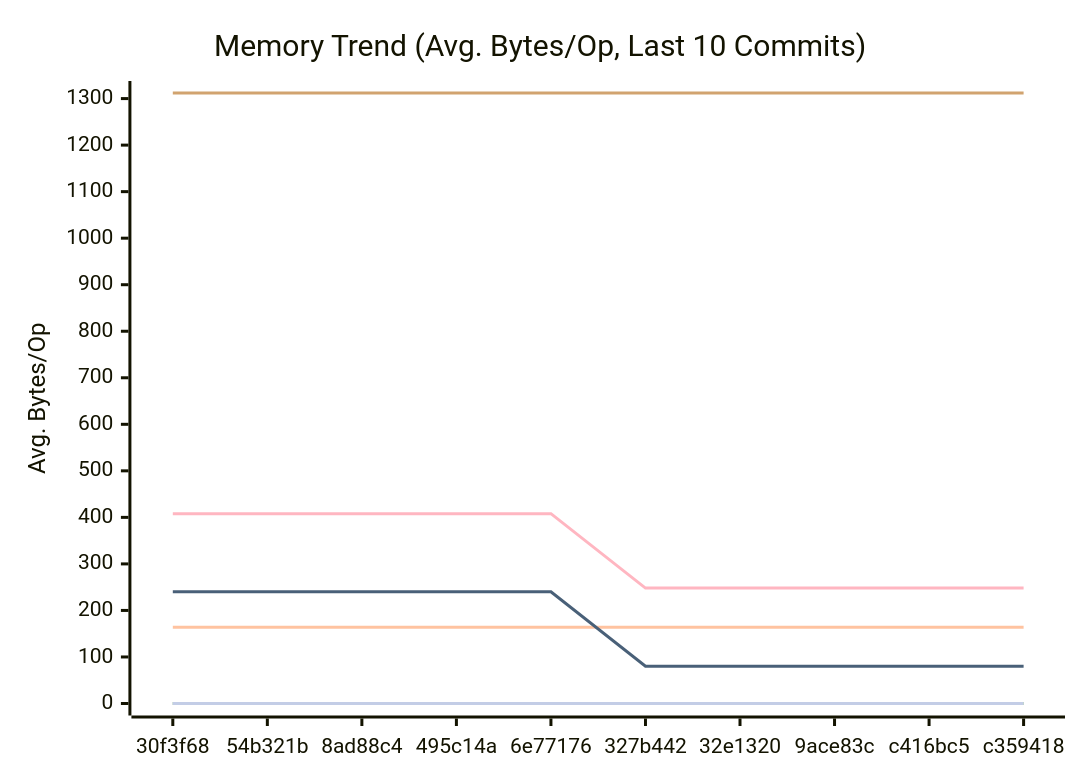
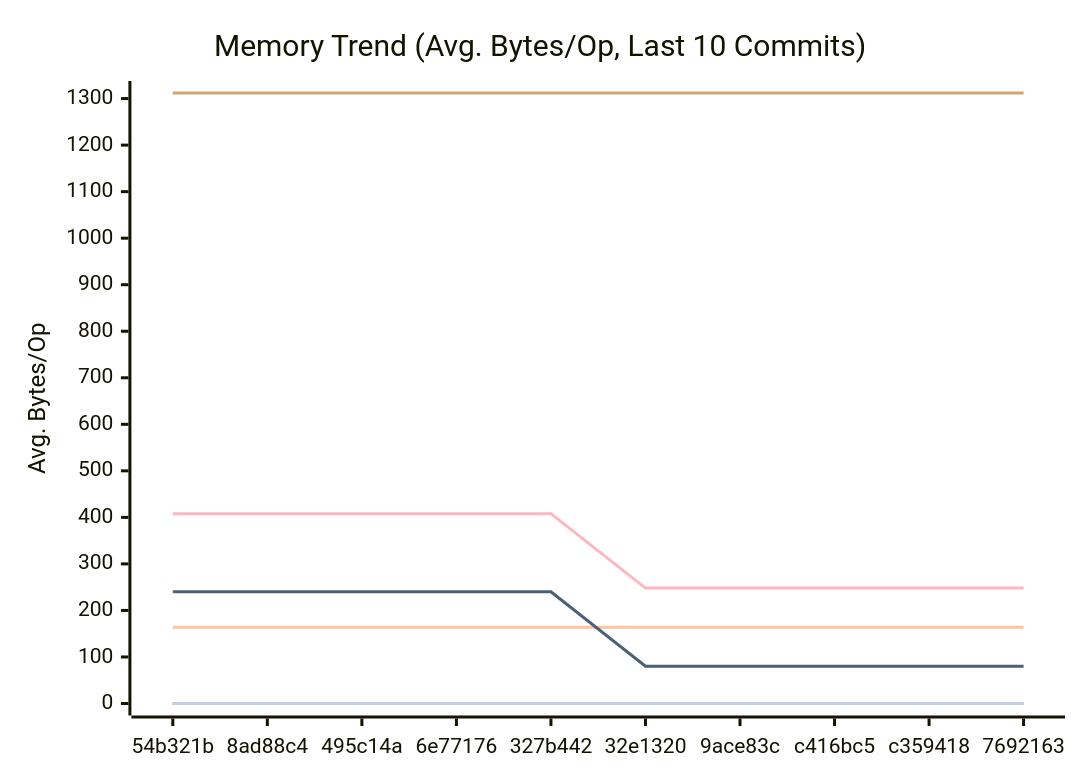
The second of 3 diagrams in docs/PERFORMANCE.md (alsotoes/momo), drawn with Mermaid before and after one commit. The commit also changed other lines of this file and 3 other files, not shown here.

````diff
--- a/docs/PERFORMANCE.md
+++ b/docs/PERFORMANCE.md
@@ -142,16 +142,16 @@
 ```mermaid
 xychart-beta
     title "Memory Trend (Avg. Bytes/Op, Last 10 Commits)"
     x-axis "Commit"
     y-axis "Avg. Bytes/Op"
-    x-axis [30f3f68,54b321b,8ad88c4,495c14a,6e77176,327b442,32e1320,9ace83c,c416bc5,c359418]
+    x-axis [54b321b,8ad88c4,495c14a,6e77176,327b442,32e1320,9ace83c,c416bc5,c359418,7692163]
     line "CheckMetricsAndSwap" [0,0,0,0,0,0,0,0,0,0]
     line "CrushOptimized" [0,0,0,0,0,0,0,0,0,0]
     line "CrushOriginal" [164,164,164,164,164,164,164,164,164,164]
     line "IndexDirectTracking" [0,0,0,0,0,0,0,0,0,0]
     line "IndexSearch" [0,0,0,0,0,0,0,0,0,0]
     line "LoadGlobalConfig" [1312,1312,1312,1312,1312,1312,1312,1312,1312,1312]
     line "PadString" [0,0,0,0,0,0,0,0,0,0]
     line "ParseReplicationOrder_NoPrealloc" [408,408,408,408,408,248,248,248,248,248]
     line "ParseReplicationOrder_Prealloc" [240,240,240,240,240,80,80,80,80,80]
 ```
````
